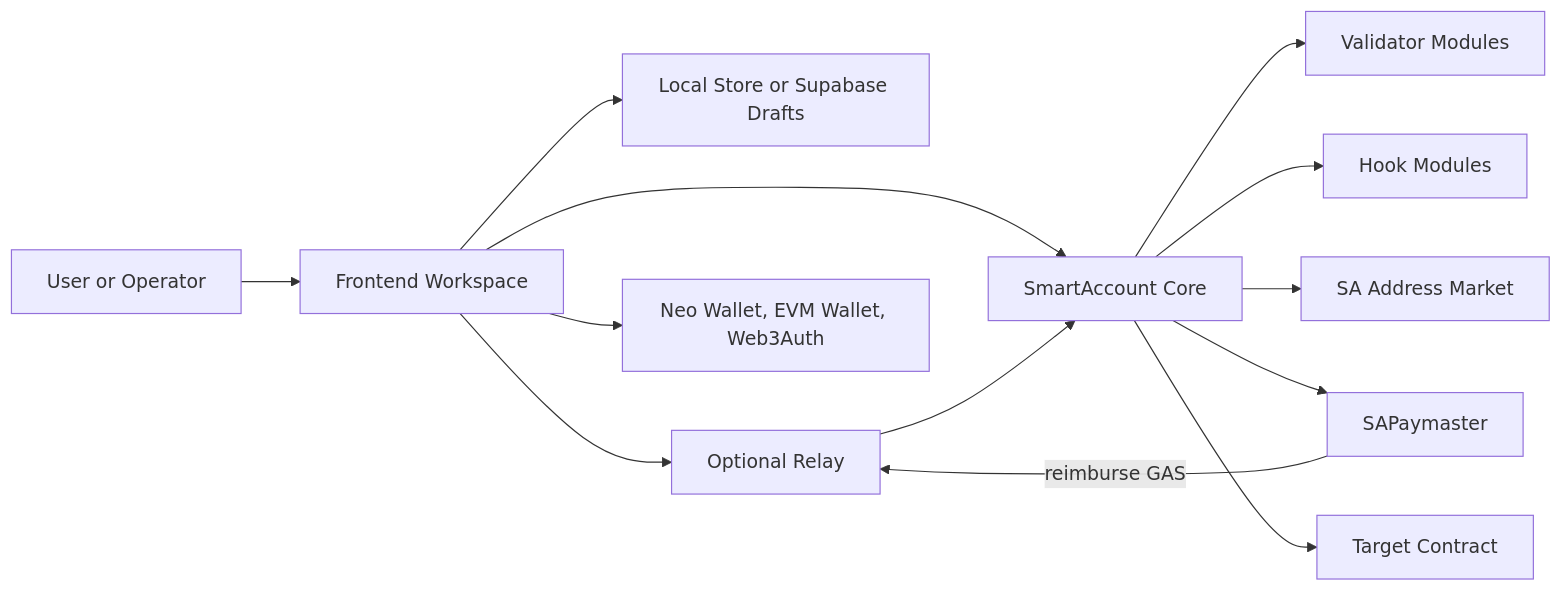
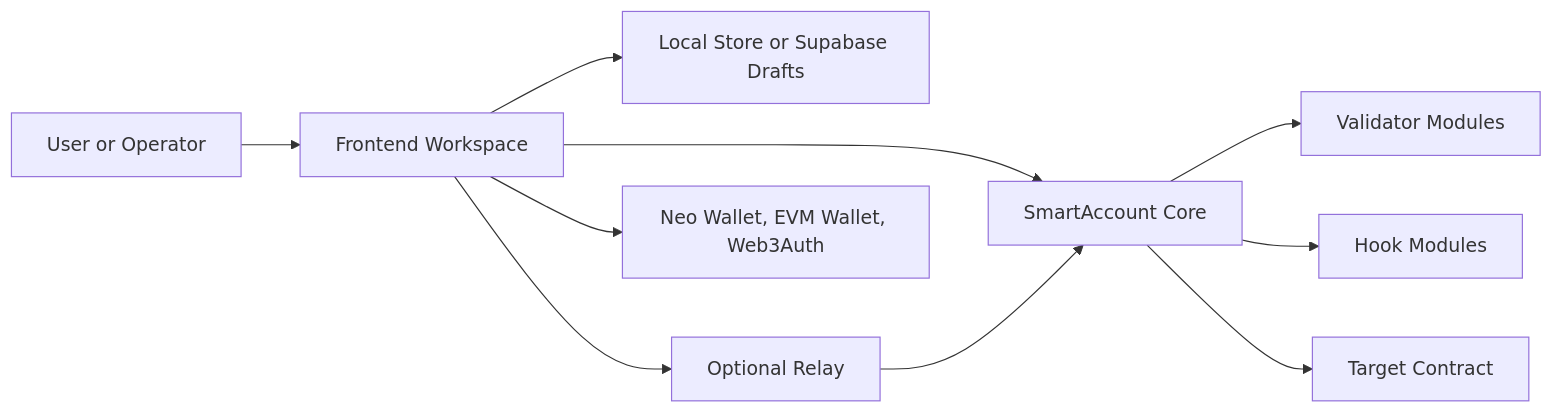
The first of 3 diagrams in frontend/src/assets/docs/architecture.md (r3e-network/neo-os-aa), drawn with Mermaid before and after one commit. The commit also changed other lines of this file and 424 other files, not shown here.

````diff
--- a/frontend/src/assets/docs/architecture.md
+++ b/frontend/src/assets/docs/architecture.md
@@ -8,27 +8,22 @@
 ```mermaid
 flowchart LR
   User[User or Operator]
   Browser[Frontend Workspace]
   Drafts[Local Store or Supabase Drafts]
   Relay[Optional Relay]
   Wallets[Neo Wallet, EVM Wallet, Web3Auth]
   Core[SmartAccount Core]
   ValidatorModule[Validator Modules]
   HookModule[Hook Modules]
-  Paymaster[SAPaymaster]
-  Marketplace[SA Address Market]
   Target[Target Contract]
 
   User --> Browser
   Browser --> Wallets
   Browser --> Drafts
   Browser --> Relay
   Browser --> Core
   Relay --> Core
   Core --> ValidatorModule
   Core --> HookModule
-  Core --> Marketplace
-  Core --> Paymaster
-  Paymaster -->|reimburse GAS| Relay
   Core --> Target
 ```
````
